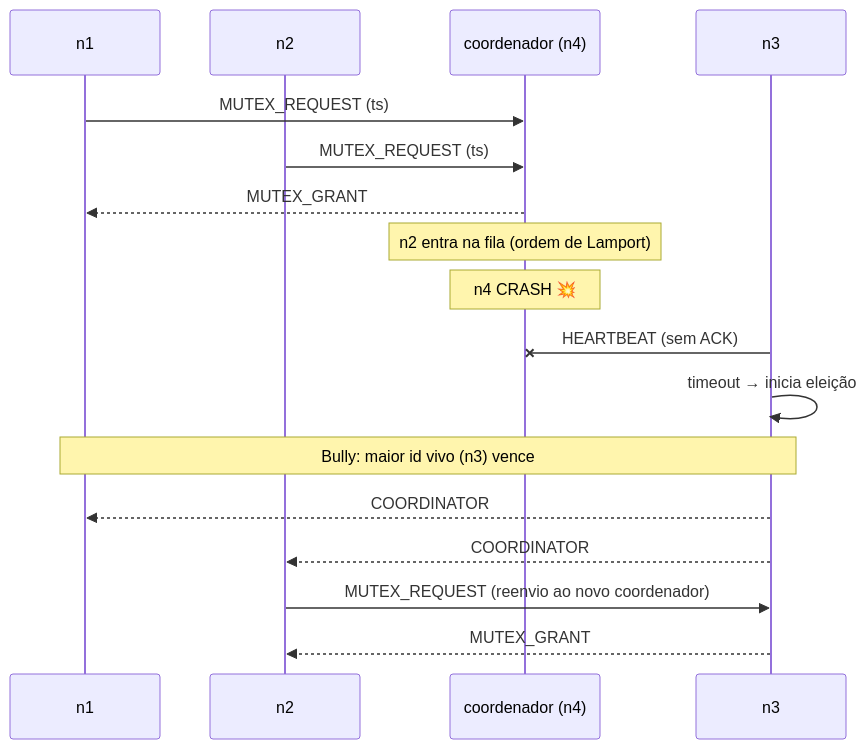
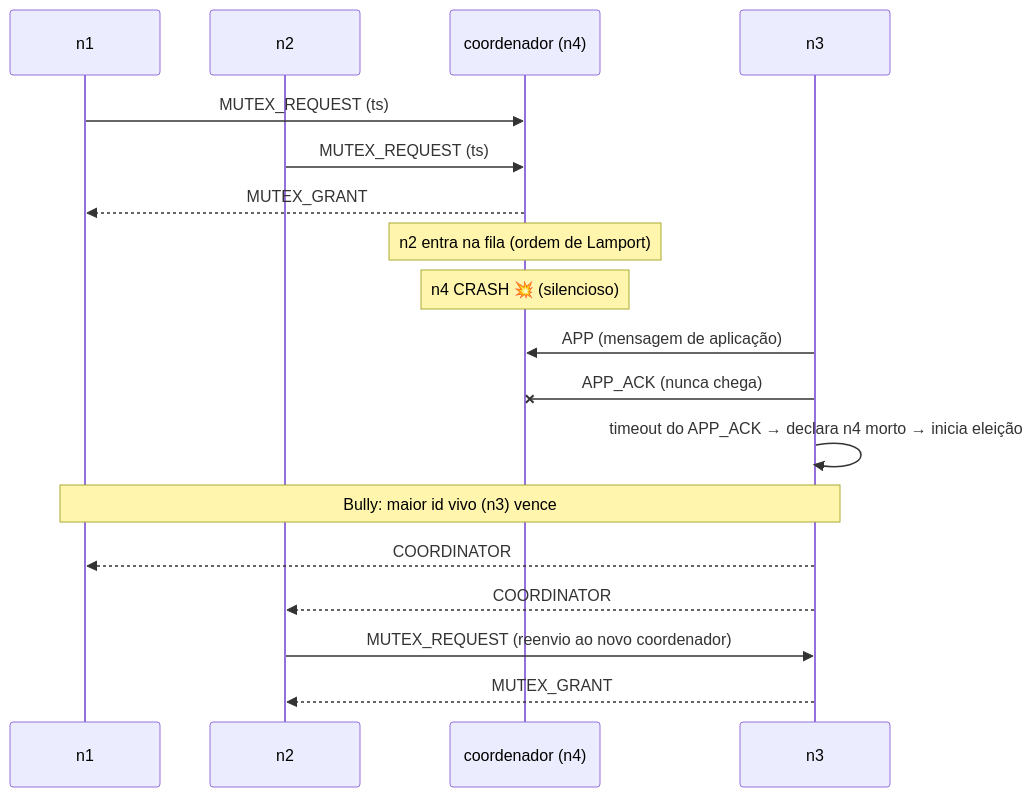
Before and after one commit to natti-jpb/mc714-algoritmos-distribuidos: the third of 3 diagrams in RELATORIO.md, drawn with Mermaid. The commit also changed other lines of this file and 21 other files, not shown here.

````diff
--- a/RELATORIO.md
+++ b/RELATORIO.md
@@ -152,19 +176,20 @@
 ```mermaid
 sequenceDiagram
   participant n1
   participant n2
   participant C as coordenador (n4)
   participant n3
   n1->>C: MUTEX_REQUEST (ts)
   n2->>C: MUTEX_REQUEST (ts)
   C-->>n1: MUTEX_GRANT
   Note over C: n2 entra na fila (ordem de Lamport)
-  Note over C: n4 CRASH 💥
-  n3-xC: HEARTBEAT (sem ACK)
-  n3->>n3: timeout → inicia eleição
+  Note over C: n4 CRASH 💥 (silencioso)
+  n3->>C: APP (mensagem de aplicação)
+  n3-xC: APP_ACK (nunca chega)
+  n3->>n3: timeout do APP_ACK → declara n4 morto → inicia eleição
   Note over n1,n3: Bully: maior id vivo (n3) vence
   n3-->>n1: COORDINATOR
   n3-->>n2: COORDINATOR
   n2->>n3: MUTEX_REQUEST (reenvio ao novo coordenador)
   n3-->>n2: MUTEX_GRANT
 ```
````
